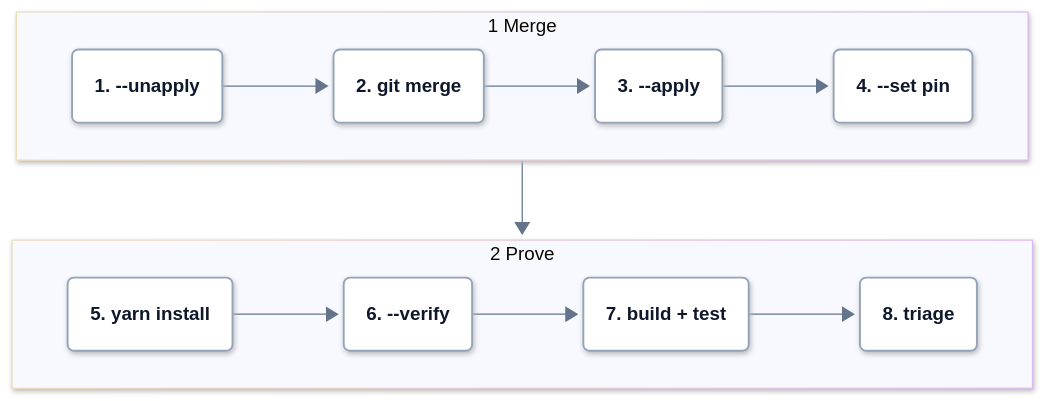
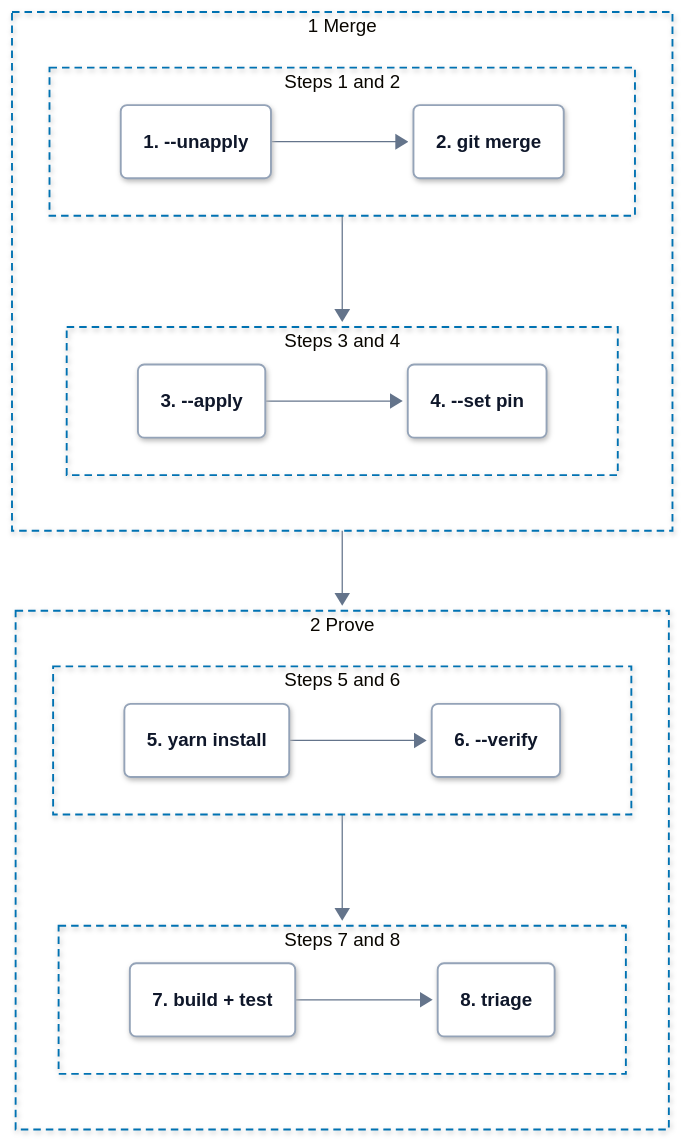
Before and after one commit to hyperi-io/dfe-hyperdx: the second of 3 diagrams in docs/fork/sync-cycle.md, drawn with Mermaid. The commit also changed other lines of this file and 15 other files, not shown here.

First line of the commit message:
docs(architecture): add the architecture page and fit every flowchart (#234)

````diff
--- a/docs/fork/sync-cycle.md
+++ b/docs/fork/sync-cycle.md
@@ -174,14 +181,31 @@
   accTitle: L4 Detail -- The sync cycle
   accDescr: Merge runs four steps, unapply the security layer, git merge with rerere replaying, apply the layer and set the pin. Prove runs four more, yarn install to re-derive the lock, verify the invariants, build and test, and triage for a human.
   subgraph merge["1 Merge"]
-    direction LR
-    strip("<b>1. --unapply</b>") --> gitmerge("<b>2. git merge</b>") --> apply("<b>3. --apply</b>") --> pin("<b>4. --set pin</b>")
+    direction TB
+    subgraph m1["Steps 1 and 2"]
+      direction LR
+      strip("<b>1. --unapply</b>") --> gitmerge("<b>2. git merge</b>")
+    end
+    subgraph m2["Steps 3 and 4"]
+      direction LR
+      apply("<b>3. --apply</b>") --> pin("<b>4. --set pin</b>")
+    end
+    m1 --> m2
   end
   subgraph prove["2 Prove"]
-    direction LR
-    install("<b>5. yarn install</b>") --> verify("<b>6. --verify</b>") --> gate("<b>7. build + test</b>") --> triage("<b>8. triage</b>")
+    direction TB
+    subgraph p1["Steps 5 and 6"]
+      direction LR
+      install("<b>5. yarn install</b>") --> verify("<b>6. --verify</b>")
+    end
+    subgraph p2["Steps 7 and 8"]
+      direction LR
+      gate("<b>7. build + test</b>") --> triage("<b>8. triage</b>")
+    end
+    p1 --> p2
   end
   merge --> prove
+  class strip,gitmerge,apply,pin,install,verify,gate,triage part
   classDef ext fill:#F4F6F8,stroke:#94A3B8,stroke-width:1.5px,stroke-dasharray:5 4,color:#0F172A
   classDef ingest fill:#FFFFFF,stroke:#0E8A7D,stroke-width:3px,color:#0F172A
   classDef xform fill:#FFFFFF,stroke:#7B4FB0,stroke-width:3px,color:#0F172A
@@ -193,5 +217,10 @@
   classDef error fill:#FFFFFF,stroke:#C2410C,stroke-width:3px,color:#0F172A
   classDef control fill:#FFFFFF,stroke:#334155,stroke-width:3px,color:#0F172A
   classDef part fill:#FFFFFF,stroke:#94A3B8,stroke-width:1.5px,color:#0F172A
-  class strip,gitmerge,apply,pin,install,verify,gate,triage part
+  style merge fill:none,stroke:#0072B2,stroke-width:1.5px,stroke-dasharray:6 4
+  style m1 fill:none,stroke:#0072B2,stroke-width:1.5px,stroke-dasharray:6 4
+  style m2 fill:none,stroke:#0072B2,stroke-width:1.5px,stroke-dasharray:6 4
+  style prove fill:none,stroke:#0072B2,stroke-width:1.5px,stroke-dasharray:6 4
+  style p1 fill:none,stroke:#0072B2,stroke-width:1.5px,stroke-dasharray:6 4
+  style p2 fill:none,stroke:#0072B2,stroke-width:1.5px,stroke-dasharray:6 4
 ```
````
